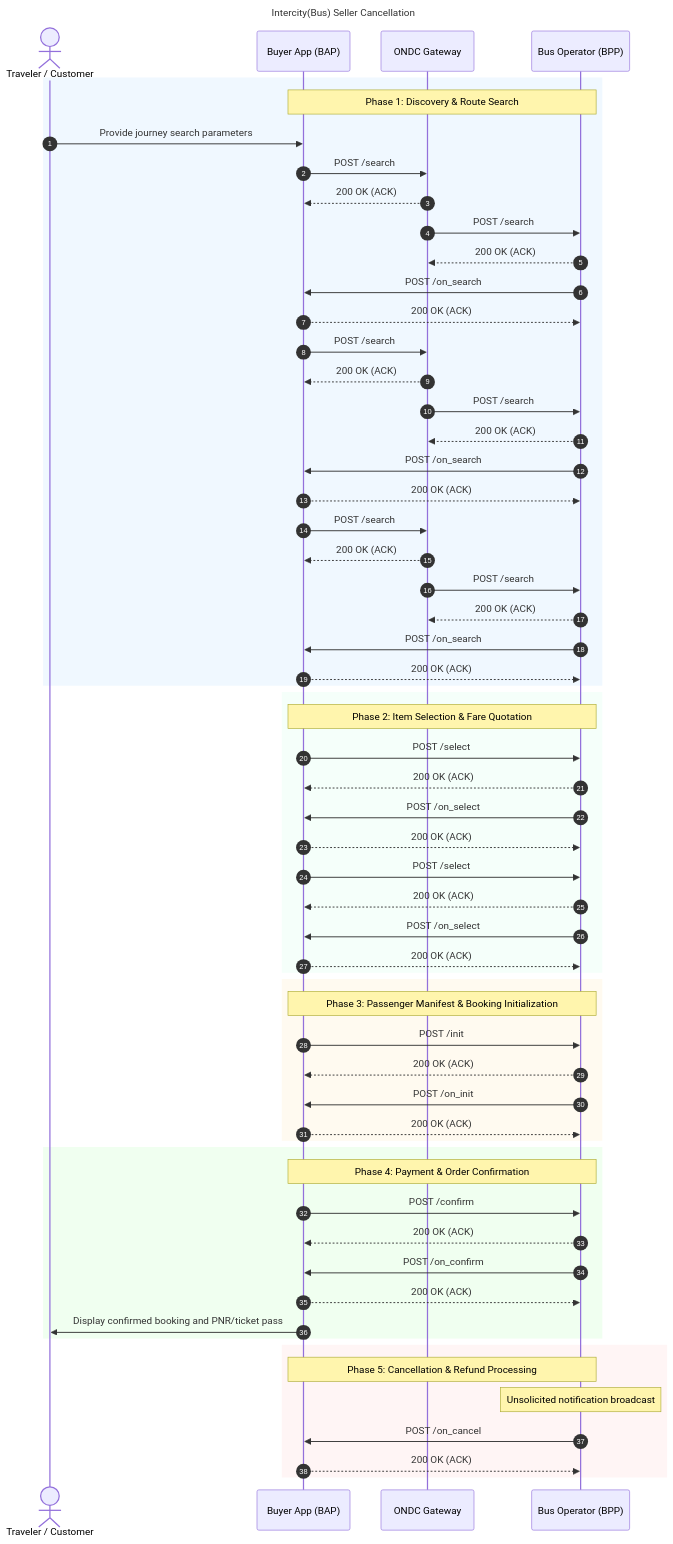
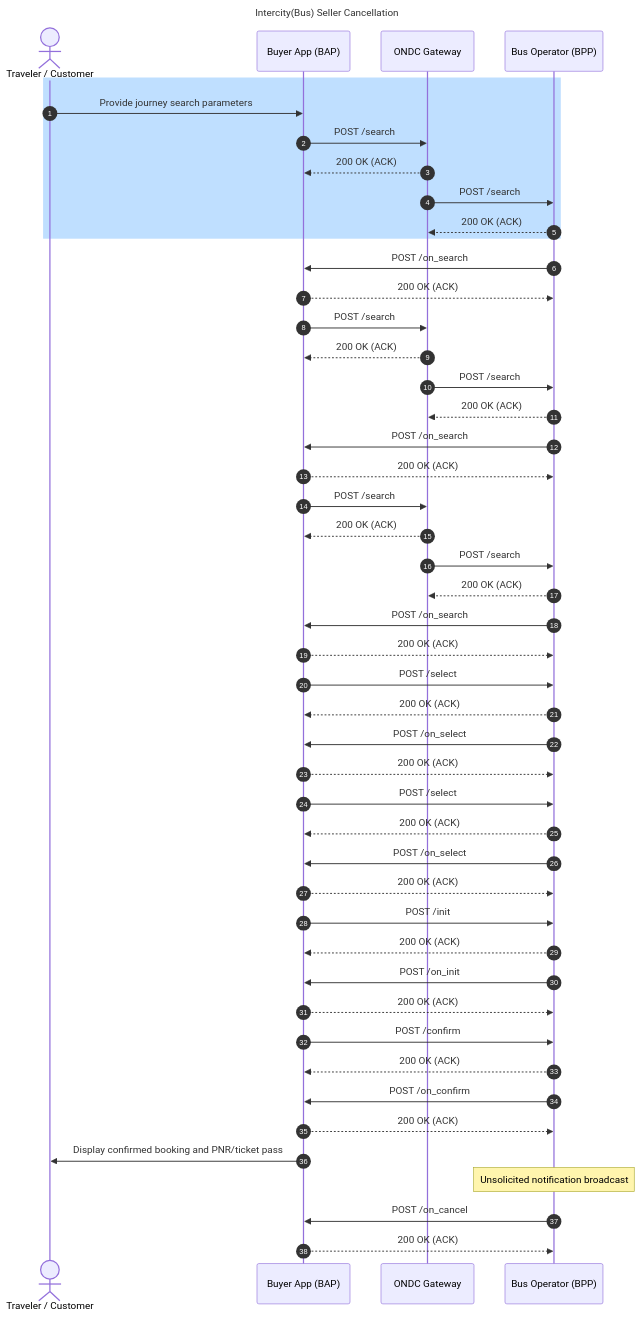
The first of 15 diagrams in config/docs/intercity-bus-seller-cancellation-sequence-diagrams.md (ONDC-Official/automation-specifications), drawn with Mermaid before and after one commit. The commit also changed other lines of this file and 23 other files, not shown here.

````diff
--- a/config/docs/intercity-bus-seller-cancellation-sequence-diagrams.md
+++ b/config/docs/intercity-bus-seller-cancellation-sequence-diagrams.md
@@ -1,68 +13,51 @@
 ```mermaid
 sequenceDiagram
     title Intercity(Bus) Seller Cancellation
     autonumber
     actor User as Traveler / Customer
     participant BAP as Buyer App (BAP)
     participant BG as ONDC Gateway
     participant BPP as Bus Operator (BPP)
 
-    rect rgb(240, 248, 255)
-    Note over BAP,BPP: Phase 1: Discovery & Route Search
+    rect rgb(191, 223, 255)
     User->>BAP: Provide journey search parameters
     BAP->>BG: POST /search
     BG-->>BAP: 200 OK (ACK)
     BG->>BPP: POST /search
     BPP-->>BG: 200 OK (ACK)
+    end
     BPP->>BAP: POST /on_search
     BAP-->>BPP: 200 OK (ACK)
     BAP->>BG: POST /search
     BG-->>BAP: 200 OK (ACK)
     BG->>BPP: POST /search
     BPP-->>BG: 200 OK (ACK)
     BPP->>BAP: POST /on_search
     BAP-->>BPP: 200 OK (ACK)
     BAP->>BG: POST /search
     BG-->>BAP: 200 OK (ACK)
     BG->>BPP: POST /search
     BPP-->>BG: 200 OK (ACK)
     BPP->>BAP: POST /on_search
     BAP-->>BPP: 200 OK (ACK)
-    end
-
-    rect rgb(245, 255, 250)
-    Note over BAP,BPP: Phase 2: Item Selection & Fare Quotation
     BAP->>BPP: POST /select
     BPP-->>BAP: 200 OK (ACK)
     BPP->>BAP: POST /on_select
     BAP-->>BPP: 200 OK (ACK)
     BAP->>BPP: POST /select
     BPP-->>BAP: 200 OK (ACK)
     BPP->>BAP: POST /on_select
     BAP-->>BPP: 200 OK (ACK)
-    end
-
-    rect rgb(255, 250, 240)
-    Note over BAP,BPP: Phase 3: Passenger Manifest & Booking Initialization
     BAP->>BPP: POST /init
     BPP-->>BAP: 200 OK (ACK)
     BPP->>BAP: POST /on_init
     BAP-->>BPP: 200 OK (ACK)
-    end
-
-    rect rgb(240, 255, 240)
-    Note over BAP,BPP: Phase 4: Payment & Order Confirmation
     BAP->>BPP: POST /confirm
     BPP-->>BAP: 200 OK (ACK)
     BPP->>BAP: POST /on_confirm
     BAP-->>BPP: 200 OK (ACK)
     BAP->>User: Display confirmed booking and PNR/ticket pass
-    end
-
-    rect rgb(255, 245, 245)
-    Note over BAP,BPP: Phase 5: Cancellation & Refund Processing
     Note over BPP: Unsolicited notification broadcast
     BPP->>BAP: POST /on_cancel
     BAP-->>BPP: 200 OK (ACK)
-    end
 ```
````
